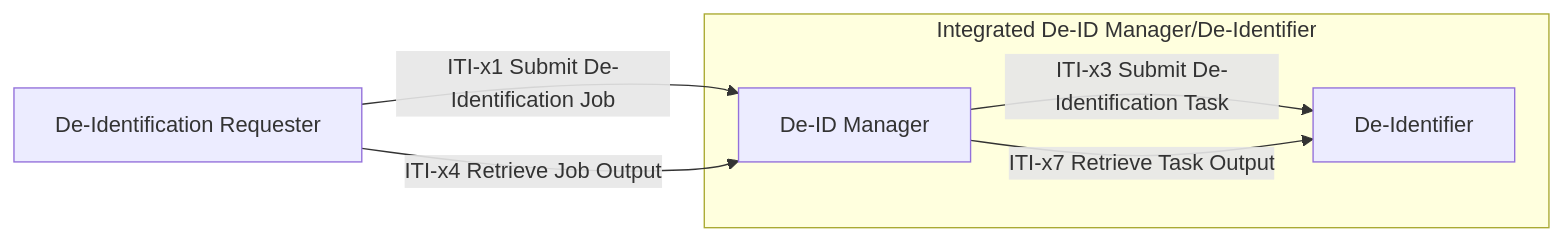
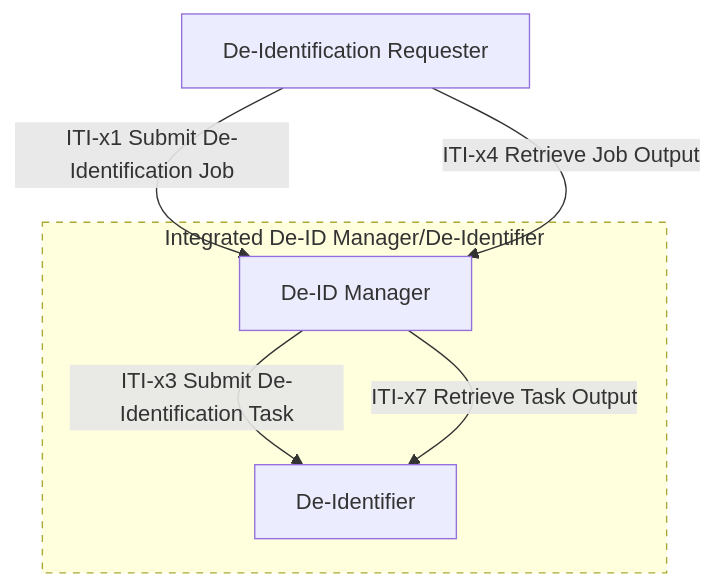
The first of 6 diagrams in input/pagecontent/volume-1.md (IHE/ITI.DIS), drawn with Mermaid before and after one commit. The commit also changed other lines of this file and 1 other file, not shown here.

First line of the commit message:
Improve actor diagram and table structure in Volume 1

````diff
--- a/input/pagecontent/volume-1.md
+++ b/input/pagecontent/volume-1.md
@@ -18,14 +23,16 @@
 ```mermaid
-graph LR
+flowchart TB
     REQ["De-Identification Requester"]
 
     subgraph INT ["Integrated De-ID Manager/De-Identifier"]
         MGR["De-ID Manager"]
         DI["De-Identifier"]
     end
 
-    REQ -- "ITI-x1 Submit De-Identification Job" --> MGR
-    REQ -- "ITI-x4 Retrieve Job Output" --> MGR
-    MGR -- "ITI-x3 Submit De-Identification Task" --> DI
-    MGR -- "ITI-x7 Retrieve Task Output" --> DI
+    REQ -->|"ITI-x1 Submit De-Identification Job"| MGR
+    REQ -->|"ITI-x4 Retrieve Job Output"| MGR
+    MGR -->|"ITI-x3 Submit De-Identification Task"| DI
+    MGR -->|"ITI-x7 Retrieve Task Output"| DI
+
+    style INT stroke-dasharray: 5 5
 ```
````
